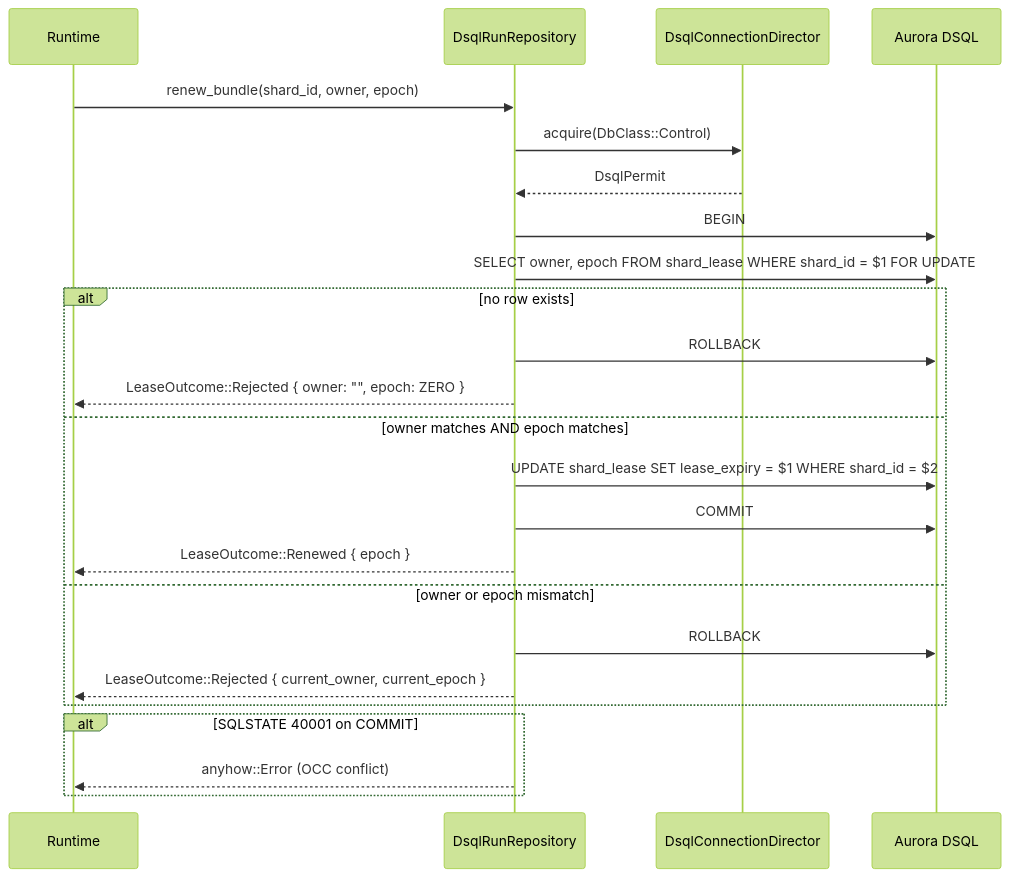
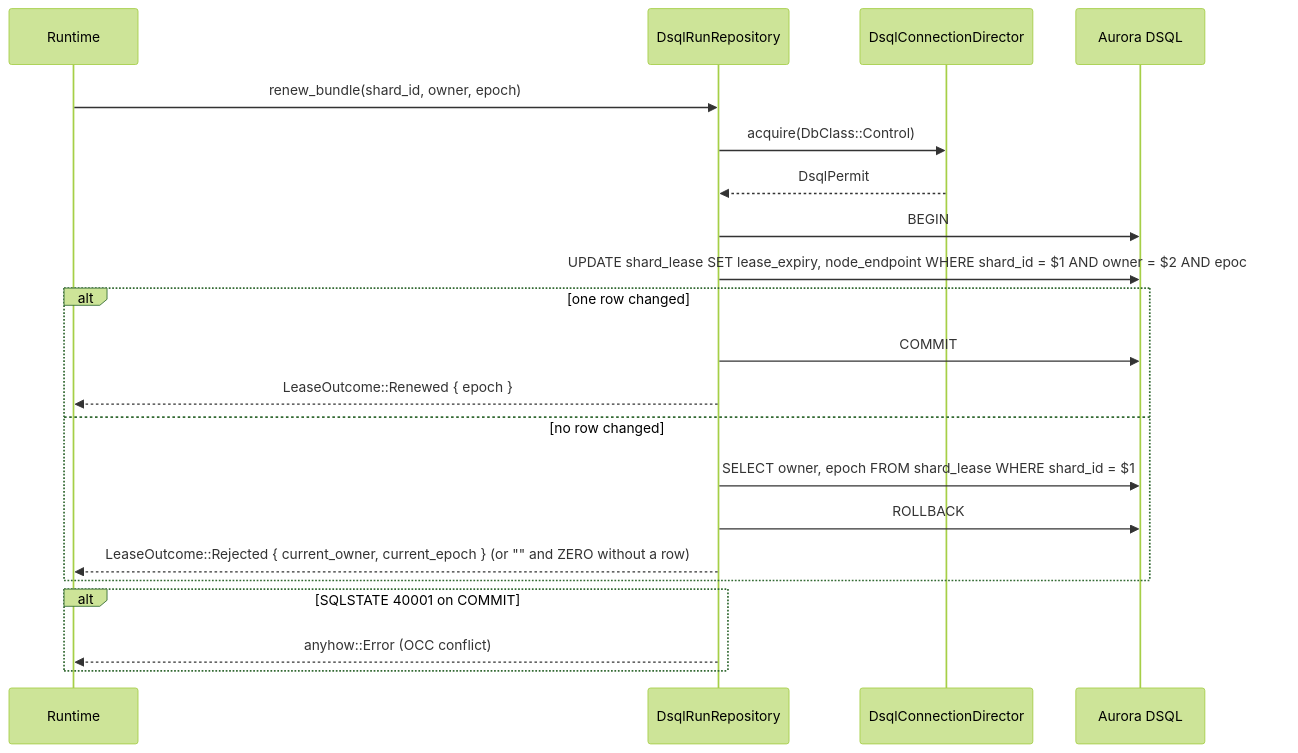
The third of 4 diagrams in .kiro/specs/dsql-shard-leasing/design.md (tokeira/tokeira), drawn with Mermaid (forest theme) before and after one commit. The commit also changed other lines of this file and 7 other files, not shown here.

````diff
--- a/.kiro/specs/dsql-shard-leasing/design.md
+++ b/.kiro/specs/dsql-shard-leasing/design.md
@@ -103,29 +103,26 @@
 ```mermaid
 sequenceDiagram
     participant RT as Runtime
     participant REPO as DsqlRunRepository
     participant DIR as DsqlConnectionDirector
     participant DB as Aurora DSQL
 
     RT->>REPO: renew_bundle(shard_id, owner, epoch)
     REPO->>DIR: acquire(DbClass::Control)
     DIR-->>REPO: DsqlPermit
     REPO->>DB: BEGIN
-    REPO->>DB: SELECT owner, epoch FROM shard_lease WHERE shard_id = $1 FOR UPDATE
+    REPO->>DB: UPDATE shard_lease SET lease_expiry, node_endpoint WHERE shard_id = $1 AND owner = $2 AND epoch = $5
 
-    alt no row exists
-        REPO->>DB: ROLLBACK
-        REPO-->>RT: LeaseOutcome::Rejected { owner: "", epoch: ZERO }
-    else owner matches AND epoch matches
-        REPO->>DB: UPDATE shard_lease SET lease_expiry = $1 WHERE shard_id = $2
+    alt one row changed
         REPO->>DB: COMMIT
         REPO-->>RT: LeaseOutcome::Renewed { epoch }
-    else owner or epoch mismatch
+    else no row changed
+        REPO->>DB: SELECT owner, epoch FROM shard_lease WHERE shard_id = $1
         REPO->>DB: ROLLBACK
-        REPO-->>RT: LeaseOutcome::Rejected { current_owner, current_epoch }
+        REPO-->>RT: LeaseOutcome::Rejected { current_owner, current_epoch } (or "" and ZERO without a row)
     end
 
     alt SQLSTATE 40001 on COMMIT
         REPO-->>RT: anyhow::Error (OCC conflict)
     end
 ```
````
